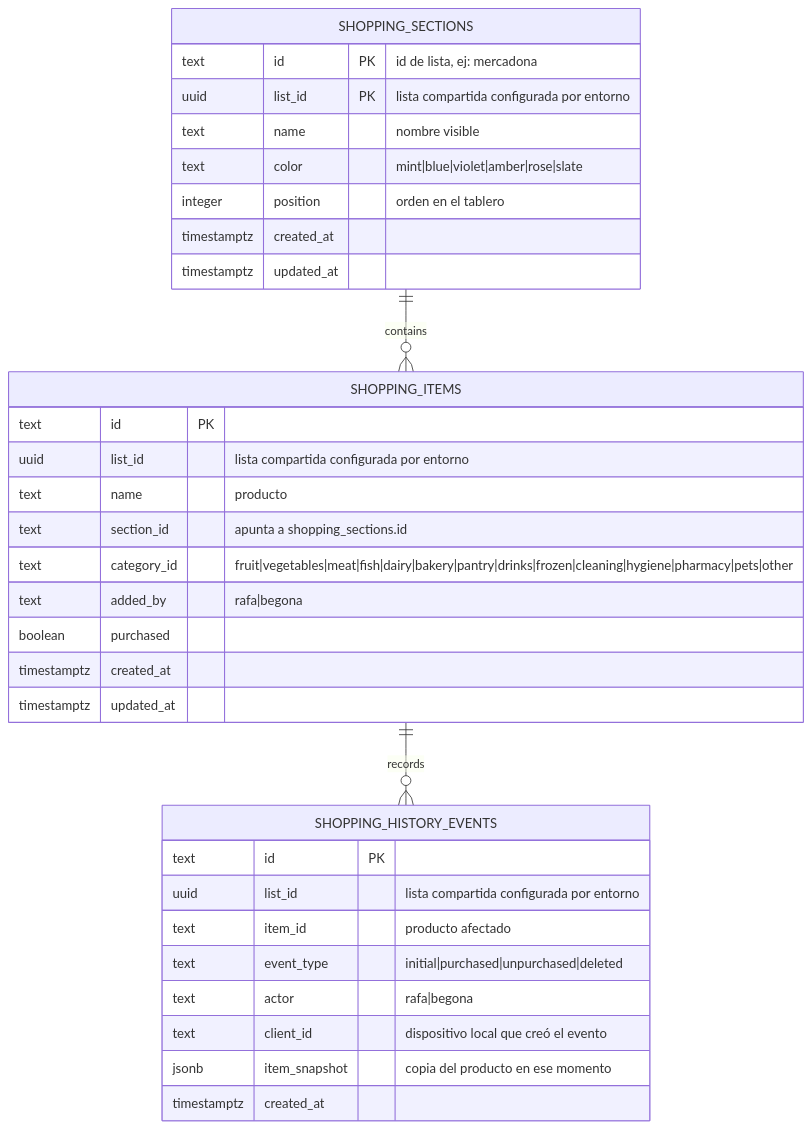
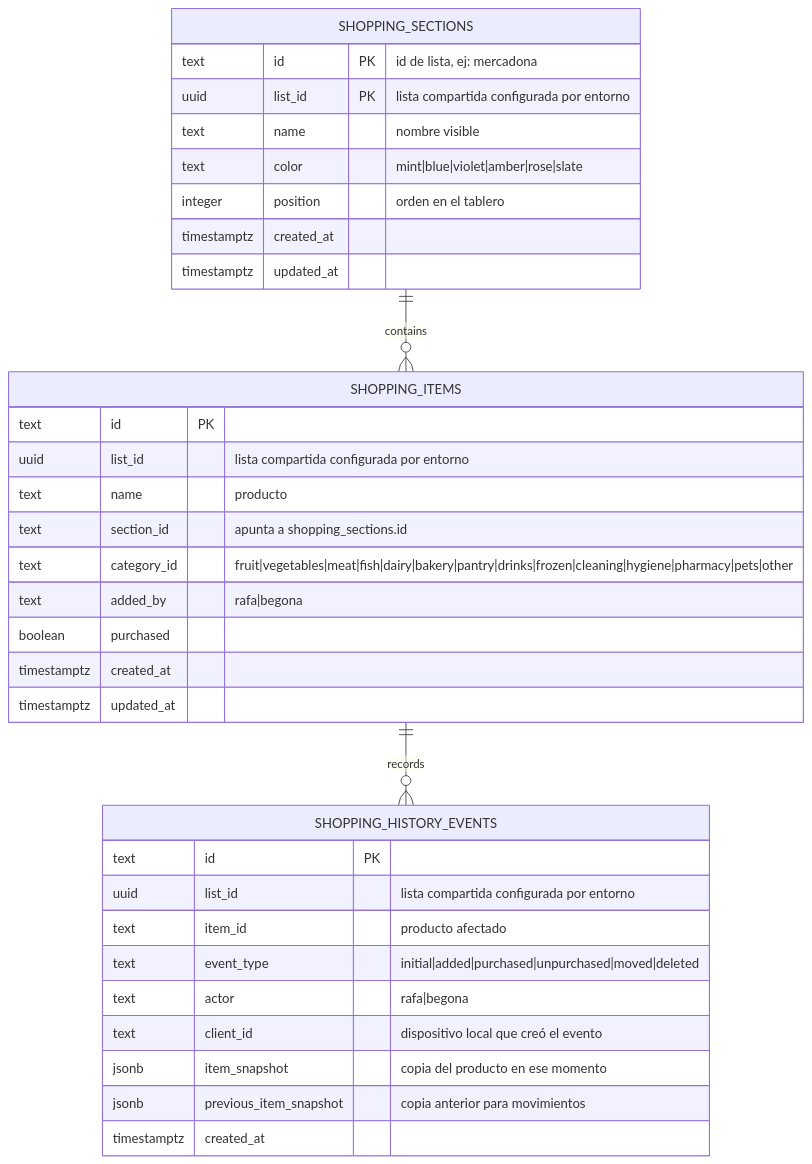
The diagram in docs/database-schema.md (ralph1985/jucart), drawn with Mermaid before and after one commit. The commit also changed other lines of this file and 10 other files, not shown here.

````diff
--- a/docs/database-schema.md
+++ b/docs/database-schema.md
@@ -9,38 +9,39 @@
 ```mermaid
 erDiagram
   SHOPPING_SECTIONS ||--o{ SHOPPING_ITEMS : contains
   SHOPPING_ITEMS ||--o{ SHOPPING_HISTORY_EVENTS : records
 
   SHOPPING_SECTIONS {
     text id PK "id de lista, ej: mercadona"
     uuid list_id PK "lista compartida configurada por entorno"
     text name "nombre visible"
     text color "mint|blue|violet|amber|rose|slate"
     integer position "orden en el tablero"
     timestamptz created_at
     timestamptz updated_at
   }
 
   SHOPPING_ITEMS {
     text id PK
     uuid list_id "lista compartida configurada por entorno"
     text name "producto"
     text section_id "apunta a shopping_sections.id"
     text category_id "fruit|vegetables|meat|fish|dairy|bakery|pantry|drinks|frozen|cleaning|hygiene|pharmacy|pets|other"
     text added_by "rafa|begona"
     boolean purchased
     timestamptz created_at
     timestamptz updated_at
   }
 
   SHOPPING_HISTORY_EVENTS {
     text id PK
     uuid list_id "lista compartida configurada por entorno"
     text item_id "producto afectado"
-    text event_type "initial|purchased|unpurchased|deleted"
+    text event_type "initial|added|purchased|unpurchased|moved|deleted"
     text actor "rafa|begona"
     text client_id "dispositivo local que creó el evento"
     jsonb item_snapshot "copia del producto en ese momento"
+    jsonb previous_item_snapshot "copia anterior para movimientos"
     timestamptz created_at
   }
 ```
````
